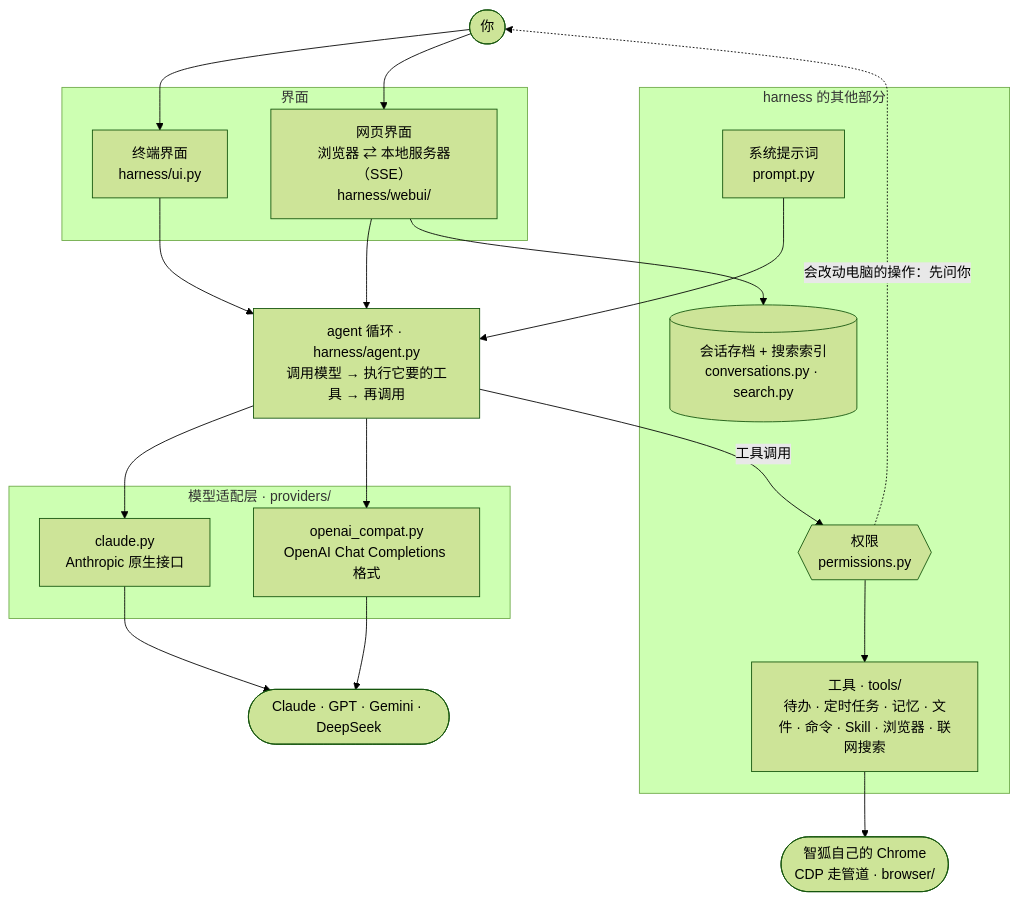
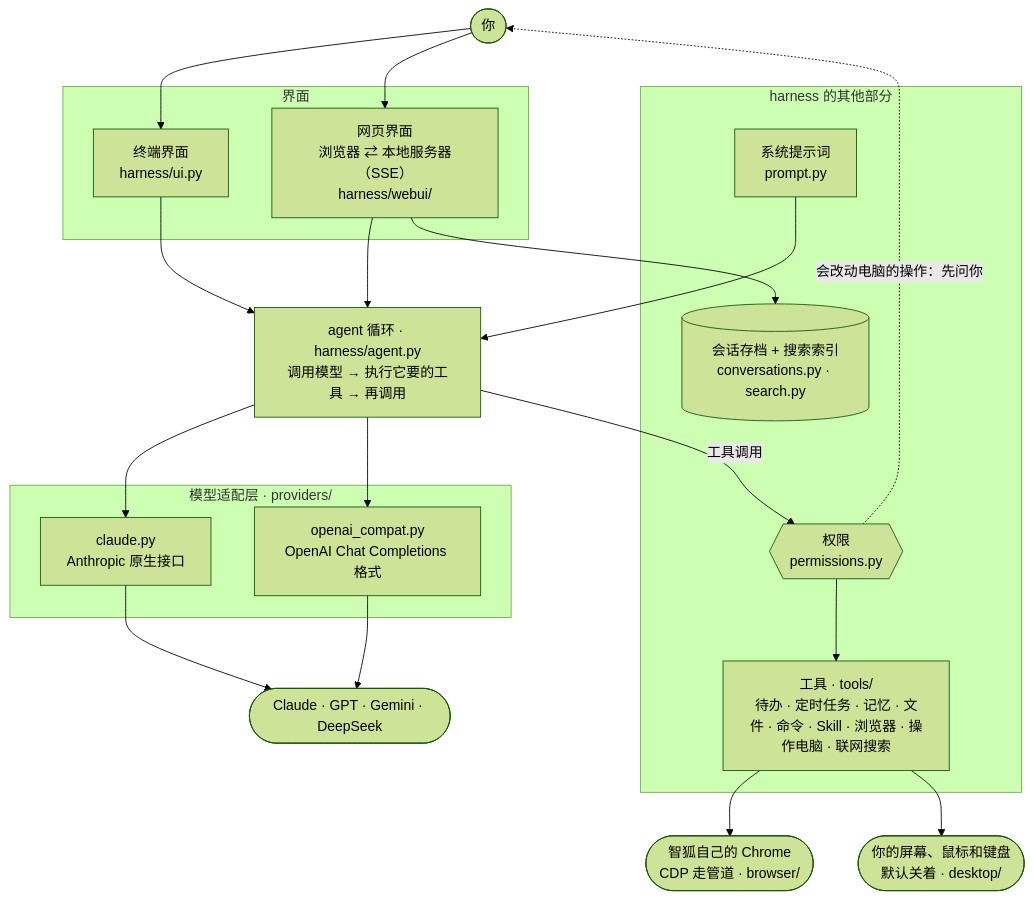
The first of 2 diagrams in README.zh-CN.md (Akxan/zhifox-agent-harness), drawn with Mermaid (forest theme) before and after one commit. The commit also changed other lines of this file and 43 other files, not shown here.

````diff
--- a/README.zh-CN.md
+++ b/README.zh-CN.md
@@ -440,42 +470,44 @@
 ```mermaid
 flowchart TB
     you(["你"])
 
     subgraph ui ["界面"]
         term["终端界面<br/>harness/ui.py"]
         web["网页界面<br/>浏览器 ⇄ 本地服务器（SSE）<br/>harness/webui/"]
     end
 
     agent["agent 循环 · harness/agent.py<br/>调用模型 → 执行它要的工具 → 再调用"]
 
     subgraph parts ["harness 的其他部分"]
         prompt["系统提示词<br/>prompt.py"]
         perms{{"权限<br/>permissions.py"}}
-        tools["工具 · tools/<br/>待办 · 定时任务 · 记忆 · 文件 · 命令 · Skill · 浏览器 · 联网搜索"]
+        tools["工具 · tools/<br/>待办 · 定时任务 · 记忆 · 文件 · 命令 · Skill · 浏览器 · 操作电脑 · 联网搜索"]
         store[("会话存档 + 搜索索引<br/>conversations.py · search.py")]
     end
 
     chrome(["智狐自己的 Chrome<br/>CDP 走管道 · browser/"])
+    screen(["你的屏幕、鼠标和键盘<br/>默认关着 · desktop/"])
 
     subgraph providers ["模型适配层 · providers/"]
         claude["claude.py<br/>Anthropic 原生接口"]
         compat["openai_compat.py<br/>OpenAI Chat Completions 格式"]
     end
 
     apis(["Claude · GPT · Gemini · DeepSeek"])
 
     you --> term
     you --> web
     term --> agent
     web --> agent
     web --> store
     prompt --> agent
     agent --> claude
     agent --> compat
     claude --> apis
     compat --> apis
     agent -->|"工具调用"| perms
     perms -.->|"会改动电脑的操作：先问你"| you
     perms --> tools
     tools --> chrome
+    tools --> screen
 ```
````
